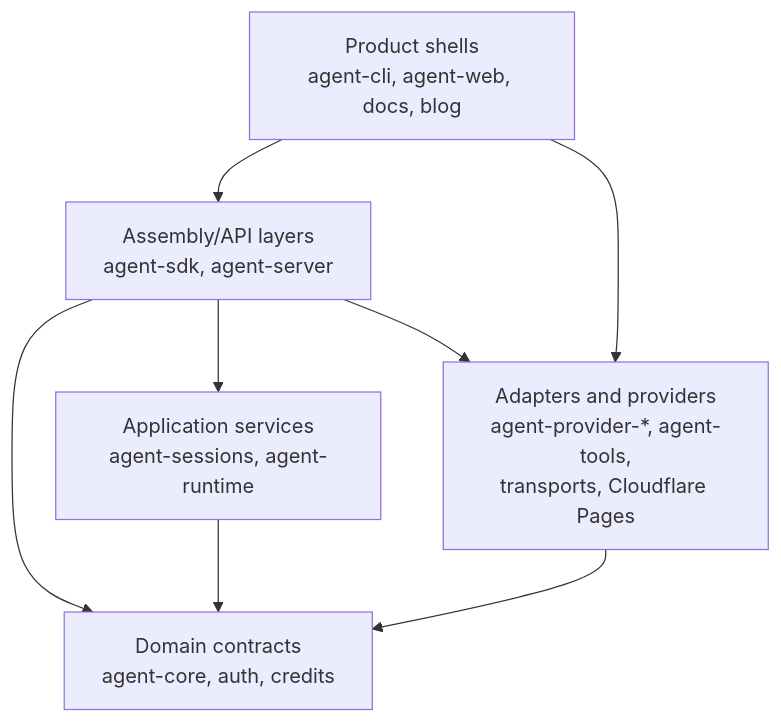
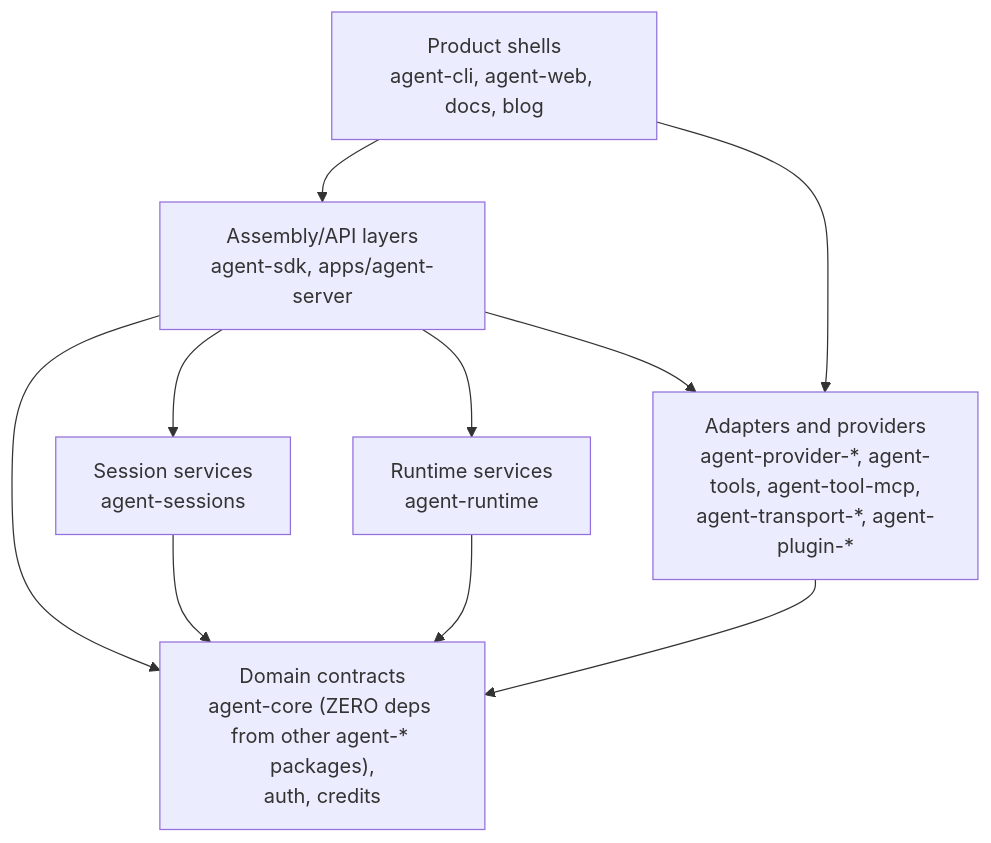
Before and after one commit to woojubb/robota: the diagram in .agents/specs/architecture-map/dependency-direction.md, drawn with Mermaid. The commit also changed other lines of this file and 65 other files, not shown here.

````diff
--- a/.agents/specs/architecture-map/dependency-direction.md
+++ b/.agents/specs/architecture-map/dependency-direction.md
@@ -9,16 +9,19 @@
 ```mermaid
 flowchart TD
   ProductShells["Product shells\nagent-cli, agent-web, docs, blog"]
-  Assembly["Assembly/API layers\nagent-sdk, agent-server"]
-  Application["Application services\nagent-sessions, agent-runtime"]
-  Domain["Domain contracts\nagent-core, auth, credits"]
-  Adapters["Adapters and providers\nagent-provider-*, agent-tools,\ntransports, Cloudflare Pages"]
+  Assembly["Assembly/API layers\nagent-sdk, apps/agent-server"]
+  Sessions["Session services\nagent-sessions"]
+  Runtime["Runtime services\nagent-runtime"]
+  Domain["Domain contracts\nagent-core (ZERO deps from other agent-* packages),\nauth, credits"]
+  Adapters["Adapters and providers\nagent-provider-*, agent-tools, agent-tool-mcp,\nagent-transport-*, agent-plugin-*"]
 
   ProductShells --> Assembly
-  Assembly --> Application
+  Assembly --> Sessions
+  Assembly --> Runtime
   Assembly --> Domain
-  Application --> Domain
+  Sessions --> Domain
+  Runtime --> Domain
   Assembly --> Adapters
   ProductShells --> Adapters
   Adapters --> Domain
 ```
````
